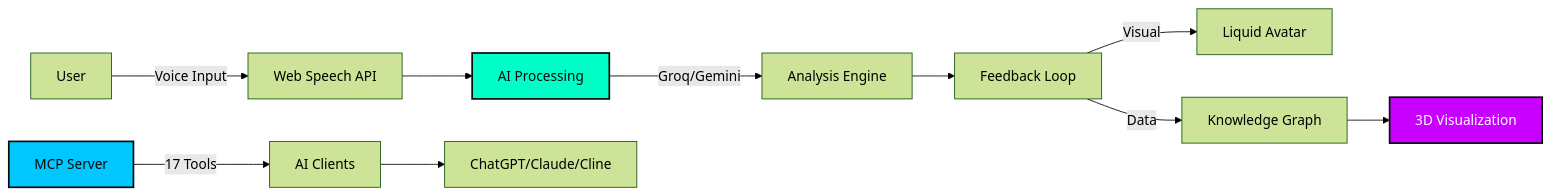
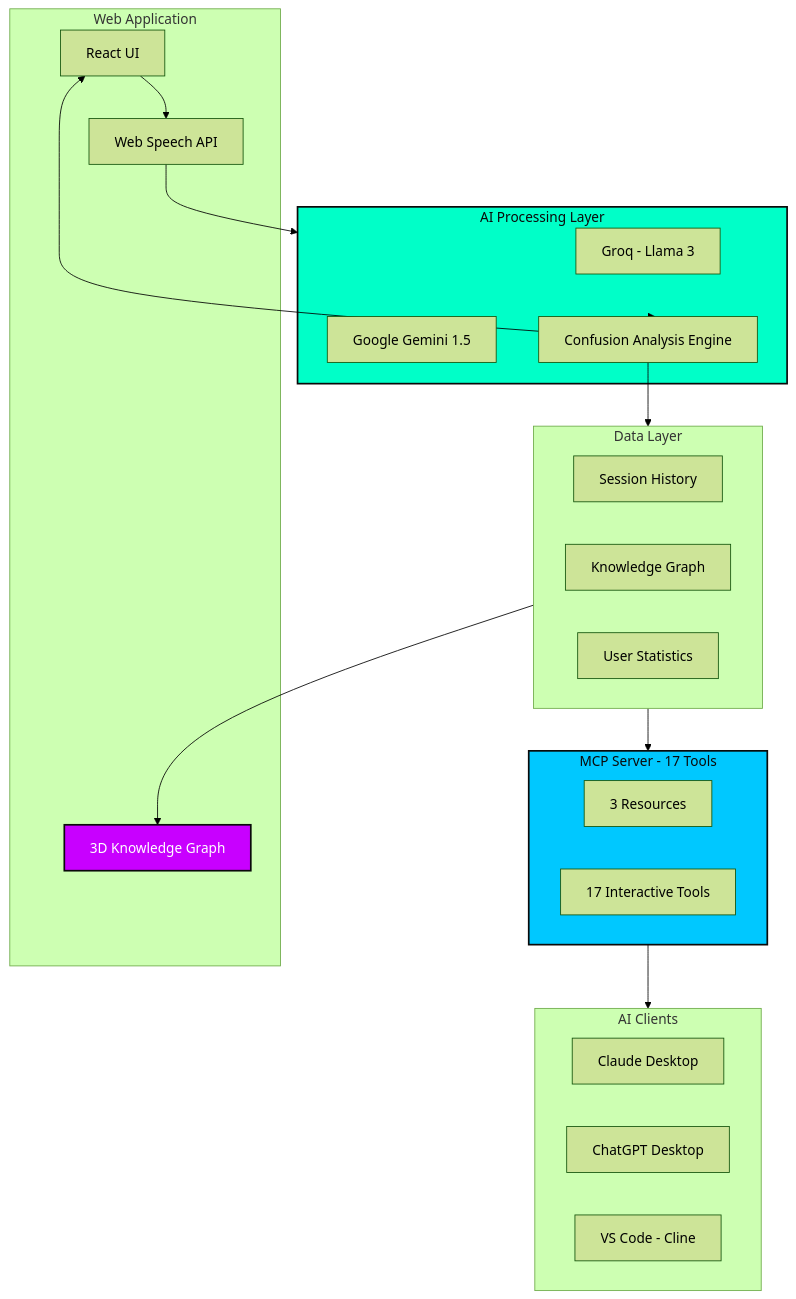
One commit to codewithadvi/Explainr changed the diagram in README.md. Above: the diagram before and after it, drawn with Mermaid (forest theme). The commit also changed other lines of this file and 2 other files, not shown here.

Commit message:
docs: Complete redesign of README, MCP-SETUP, and TOOLS documentation

````diff
--- a/README.md
+++ b/README.md
@@ -107,17 +176,44 @@
 ```mermaid
-graph LR
-    A[User] -->|Voice Input| B[Web Speech API]
-    B --> C[AI Processing]
-    C -->|Groq/Gemini| D[Analysis Engine]
-    D --> E[Feedback Loop]
-    E -->|Visual| F[Liquid Avatar]
-    E -->|Data| G[Knowledge Graph]
-    G --> H[3D Visualization]
+graph TB
+    subgraph Client["Web Application"]
+        UI[React UI]
+        Voice[Web Speech API]
+        Graph[3D Knowledge Graph]
+    end
     
-    I[MCP Server] -->|17 Tools| J[AI Clients]
-    J --> K[ChatGPT/Claude/Cline]
+    subgraph AI["AI Processing Layer"]
+        Groq[Groq - Llama 3]
+        Gemini[Google Gemini 1.5]
+        Analysis[Confusion Analysis Engine]
+    end
     
-    style C fill:#00ffc8,stroke:#0a0a0a,stroke-width:2px,color:#0a0a0a
-    style I fill:#00c8ff,stroke:#0a0a0a,stroke-width:2px,color:#0a0a0a
-    style H fill:#c800ff,stroke:#0a0a0a,stroke-width:2px,color:#fff
+    subgraph Storage["Data Layer"]
+        Sessions[Session History]
+        Knowledge[Knowledge Graph]
+        Stats[User Statistics]
+    end
+    
+    subgraph MCP["MCP Server - 17 Tools"]
+        Resources[3 Resources]
+        Tools[17 Interactive Tools]
+    end
+    
+    subgraph External["AI Clients"]
+        Claude[Claude Desktop]
+        ChatGPT[ChatGPT Desktop]
+        Cline[VS Code - Cline]
+    end
+    
+    UI --> Voice
+    Voice --> AI
+    AI --> Analysis
+    Analysis --> UI
+    Analysis --> Storage
+    Storage --> Graph
+    Storage --> MCP
+    MCP --> External
+    
+    style AI fill:#00ffc8,stroke:#0a0a0a,stroke-width:2px,color:#0a0a0a
+    style MCP fill:#00c8ff,stroke:#0a0a0a,stroke-width:2px,color:#0a0a0a
+    style Graph fill:#c800ff,stroke:#0a0a0a,stroke-width:2px,color:#fff
 ```
````
